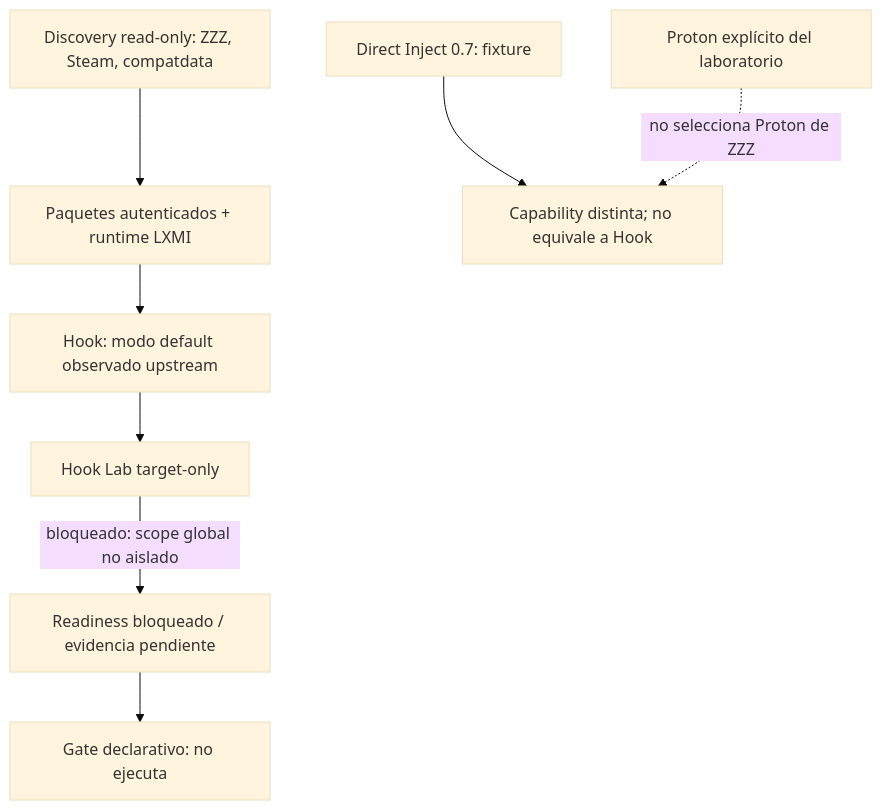
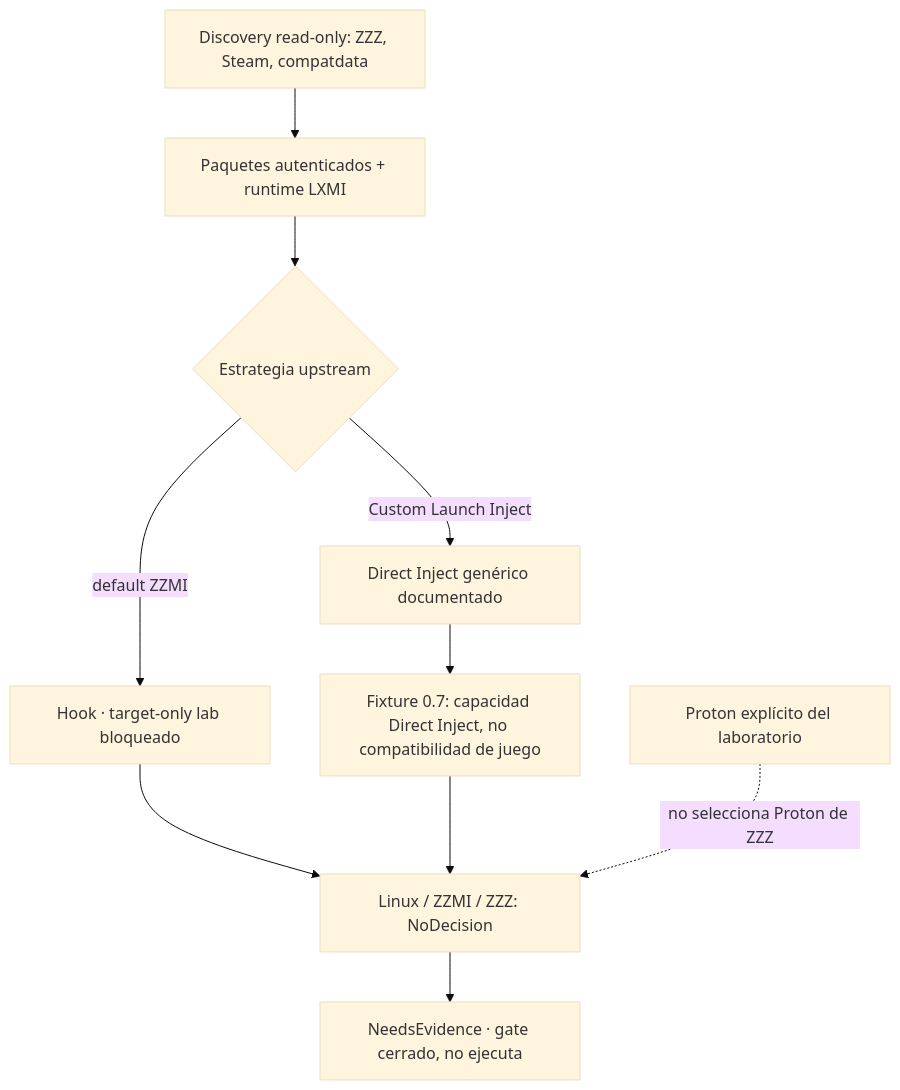
One commit to VictorMamani/LXMI changed the diagram in SDLC/01_Descubrimiento/launch_zzmi_steam_linux.md. Above: the diagram before and after it, drawn with Mermaid (base theme). The commit also changed other lines of this file and 31 other files, not shown here.

Commit message:
feat: add ZZMI readiness and Steam Proton context evidence

````diff
--- a/SDLC/01_Descubrimiento/launch_zzmi_steam_linux.md
+++ b/SDLC/01_Descubrimiento/launch_zzmi_steam_linux.md
@@ -37,10 +37,12 @@
 ```mermaid
 flowchart TD
     Discovery[Discovery read-only: ZZZ, Steam, compatdata] --> Packages[Paquetes autenticados + runtime LXMI]
-    Packages --> Hook[Hook: modo default observado upstream]
-    Hook --> Lab[Hook Lab target-only]
-    Lab -->|bloqueado: scope global no aislado| Blocked[Readiness bloqueado / evidencia pendiente]
-    DirectInject[Direct Inject 0.7: fixture] --> Evidence[Capability distinta; no equivale a Hook]
-    Proton[Proton explícito del laboratorio] -. no selecciona Proton de ZZZ .-> Evidence
-    Blocked --> Gate[Gate declarativo: no ejecuta]
+    Packages --> Strategy{Estrategia upstream}
+    Strategy -->|default ZZMI| Hook[Hook · target-only lab bloqueado]
+    Strategy -->|Custom Launch Inject| Direct[Direct Inject genérico documentado]
+    Hook --> NoDecision[Linux / ZZMI / ZZZ: NoDecision]
+    Direct --> Candidate[Fixture 0.7: capacidad Direct Inject, no compatibilidad de juego]
+    Candidate --> NoDecision
+    Proton[Proton explícito del laboratorio] -. no selecciona Proton de ZZZ .-> NoDecision
+    NoDecision --> Gate[NeedsEvidence · gate cerrado, no ejecuta]
 ```
````
